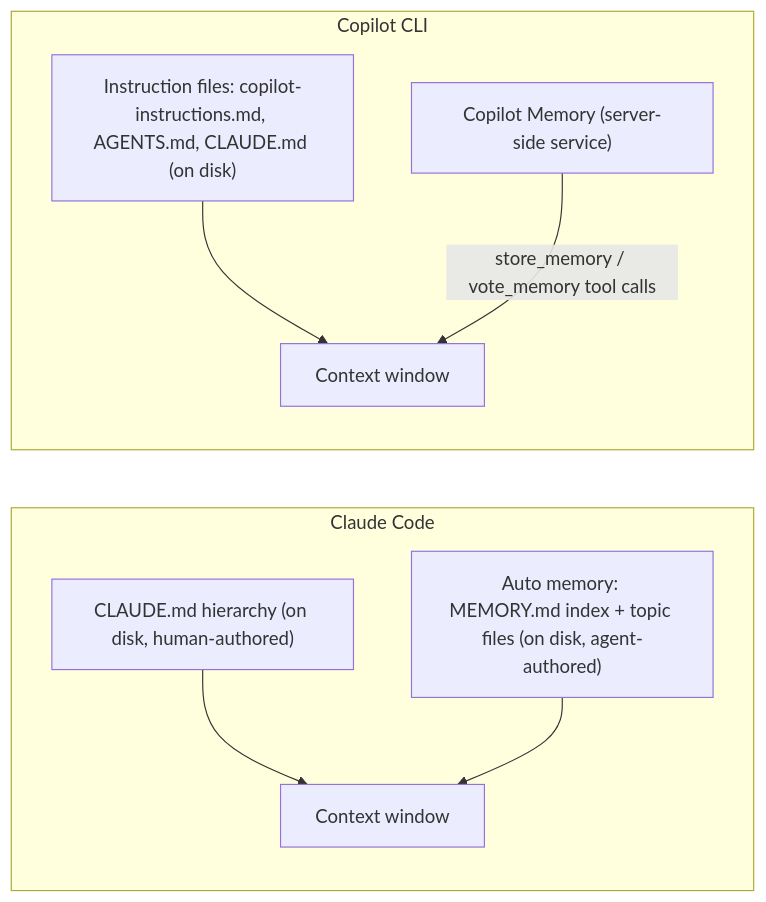
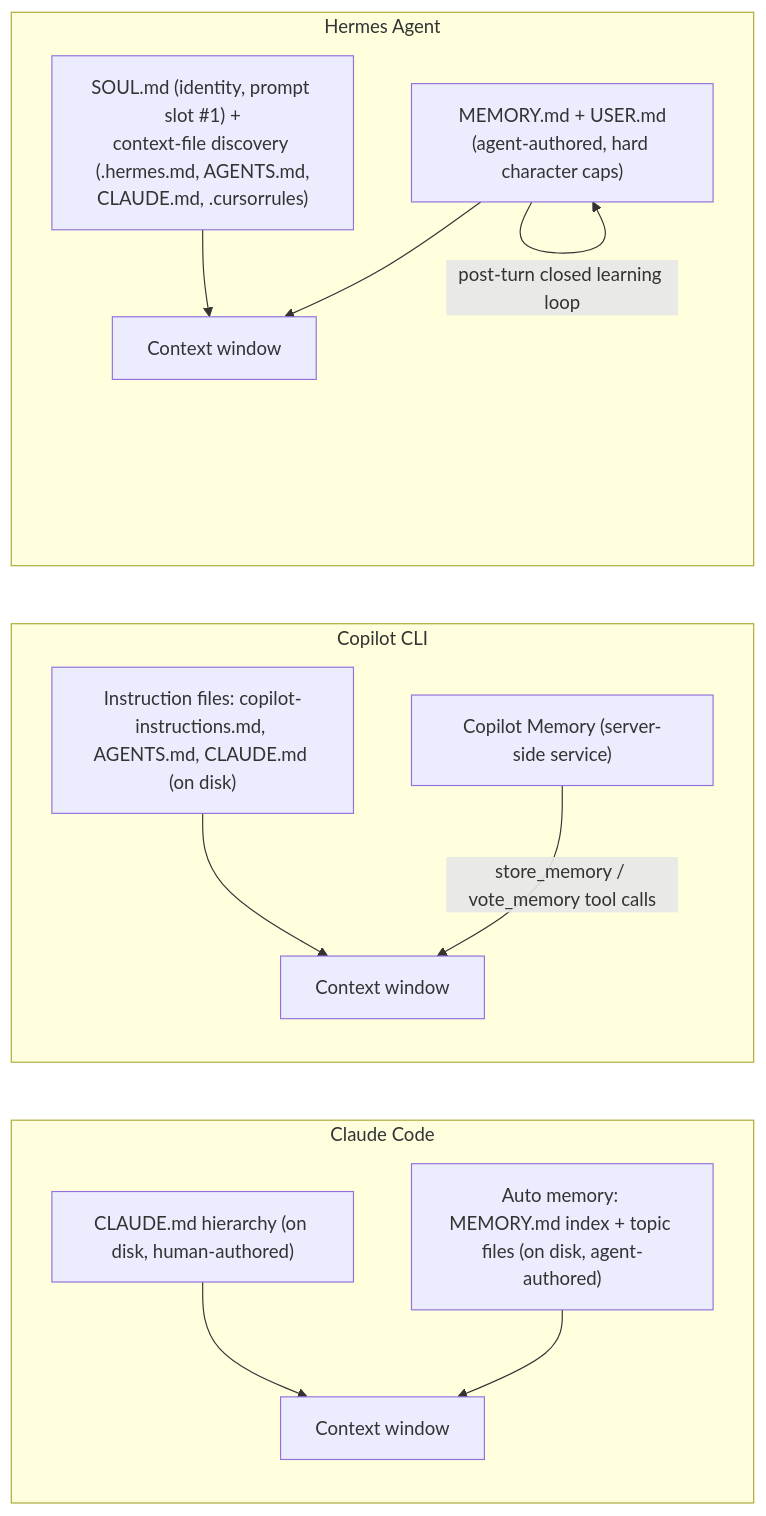
Before and after one commit to sfernandezplain/AIrchon: the first of 4 diagrams in references/harnesses/memory-management.md, drawn with Mermaid. The commit also changed other lines of this file and 8 other files, not shown here.

````diff
--- a/references/harnesses/memory-management.md
+++ b/references/harnesses/memory-management.md
@@ -21,11 +21,16 @@
 ```mermaid
 flowchart LR
     subgraph CC["Claude Code"]
         CM["CLAUDE.md hierarchy (on disk, human-authored)"] --> Ctx1[Context window]
         AM["Auto memory: MEMORY.md index + topic files (on disk, agent-authored)"] --> Ctx1
     end
     subgraph GH["Copilot CLI"]
         IF["Instruction files: copilot-instructions.md, AGENTS.md, CLAUDE.md (on disk)"] --> Ctx2[Context window]
         SM["Copilot Memory (server-side service)"] -->|"store_memory / vote_memory tool calls"| Ctx2
     end
+    subgraph HM["Hermes Agent"]
+        SOUL["SOUL.md (identity, prompt slot #1) +\ncontext-file discovery (.hermes.md, AGENTS.md,\nCLAUDE.md, .cursorrules)"] --> Ctx3[Context window]
+        HMEM["MEMORY.md + USER.md\n(agent-authored, hard character caps)"] --> Ctx3
+        HMEM -->|"post-turn closed learning loop"| HMEM
+    end
 ```
````
